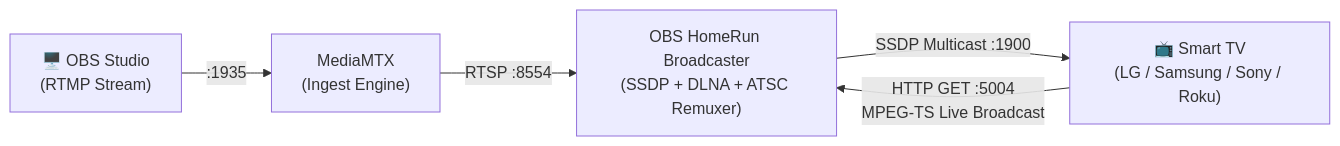
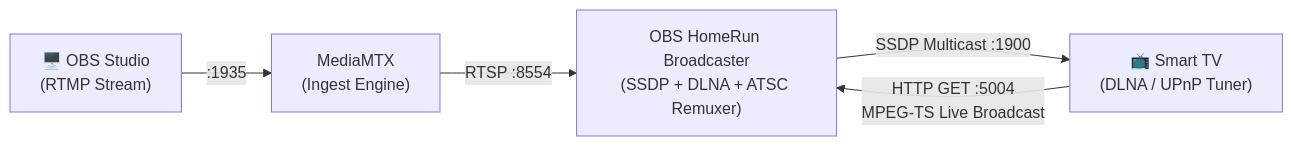
The diagram in README.md (bradwestness/obs-homerun), drawn with Mermaid before and after one commit. The commit also changed other lines of this file and 2 other files, not shown here.

````diff
--- a/README.md
+++ b/README.md
@@ -23,7 +23,7 @@
 ```mermaid
 flowchart LR
     OBS["🖥️ OBS Studio<br/>(RTMP Stream)"] -->|:1935| MTX["MediaMTX<br/>(Ingest Engine)"]
     MTX -->|RTSP :8554| BROADCASTER["OBS HomeRun Broadcaster<br/>(SSDP + DLNA + ATSC Remuxer)"]
-    BROADCASTER -->|SSDP Multicast :1900| TV["📺 Smart TV<br/>(LG / Samsung / Sony / Roku)"]
+    BROADCASTER -->|SSDP Multicast :1900| TV["📺 Smart TV<br/>(DLNA / UPnP Tuner)"]
     TV -->|HTTP GET :5004<br/>MPEG-TS Live Broadcast| BROADCASTER
 ```
````
